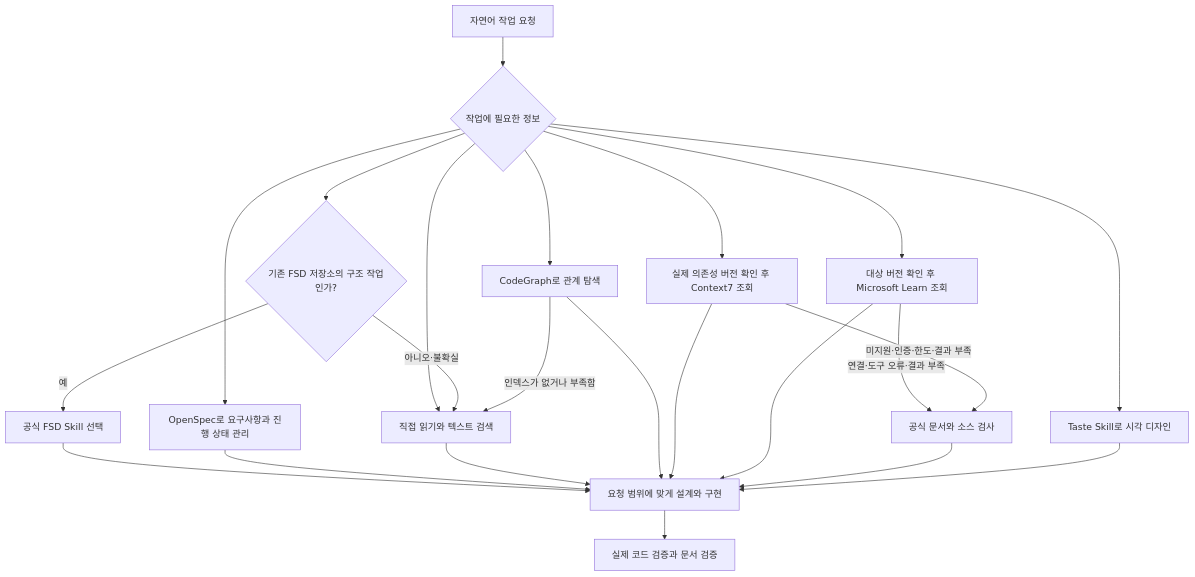
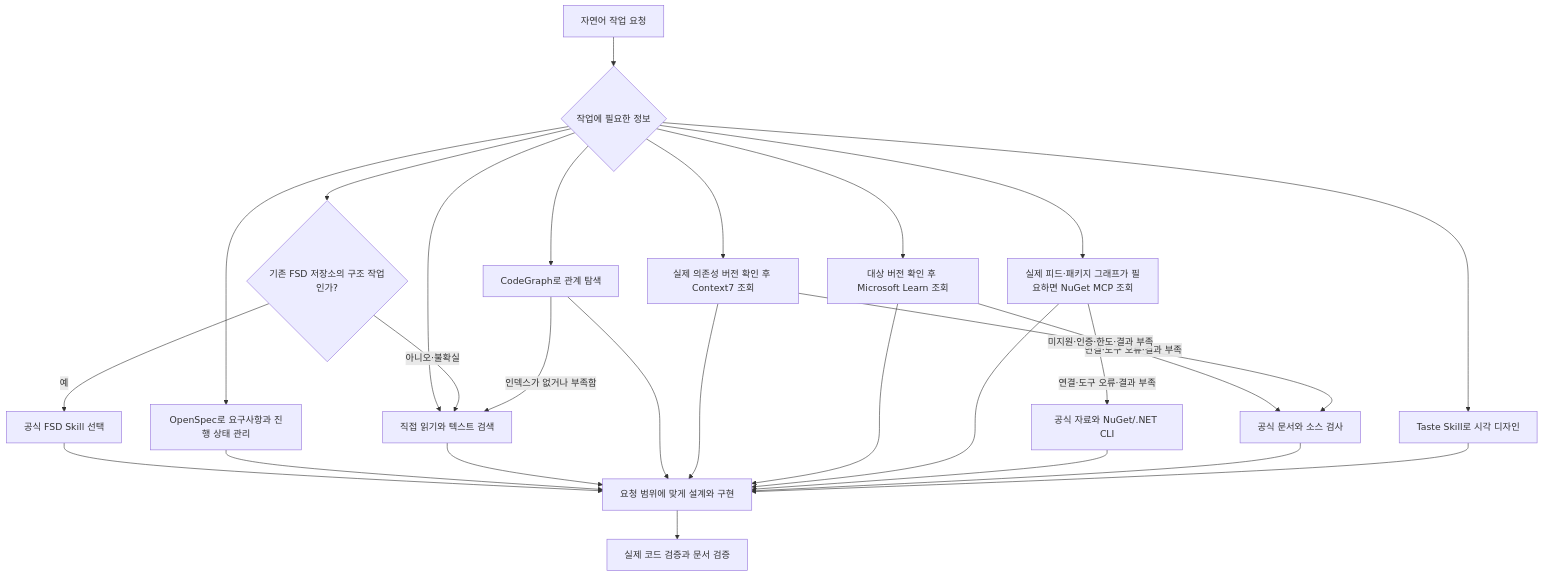
The diagram in docs/development-tools.md (tttaliesin/personal-harness), drawn with Mermaid before and after one commit. The commit also changed other lines of this file and 17 other files, not shown here.

Commit message:
Add official NuGet MCP with isolated .NET runtime

````diff
--- a/docs/development-tools.md
+++ b/docs/development-tools.md
@@ -27,25 +29,29 @@
 ```mermaid
 flowchart TD
     T[자연어 작업 요청] --> C{작업에 필요한 정보}
     C --> D[직접 읽기와 텍스트 검색]
     C --> G[CodeGraph로 관계 탐색]
     C --> S[OpenSpec로 요구사항과 진행 상태 관리]
     C --> L[실제 의존성 버전 확인 후 Context7 조회]
     C --> M[대상 버전 확인 후 Microsoft Learn 조회]
+    C --> N[실제 피드·패키지 그래프가 필요하면 NuGet MCP 조회]
     C --> A{기존 FSD 저장소의 구조 작업인가?}
     A -->|예| K[공식 FSD Skill 선택]
     A -->|아니오·불확실| D
     K --> I
     C --> F[Taste Skill로 시각 디자인]
     G -->|인덱스가 없거나 부족함| D
     S --> I[요청 범위에 맞게 설계와 구현]
     D --> I
     G --> I
     L --> I
     M --> I
     M -->|연결·도구 오류·결과 부족| O
+    N --> I
+    N -->|연결·도구 오류·결과 부족| P[공식 자료와 NuGet/.NET CLI]
+    P --> I
     L -->|미지원·인증·한도·결과 부족| O[공식 문서와 소스 검사]
     O --> I
     F --> I
     I --> V[실제 코드 검증과 문서 검증]
 ```
````
